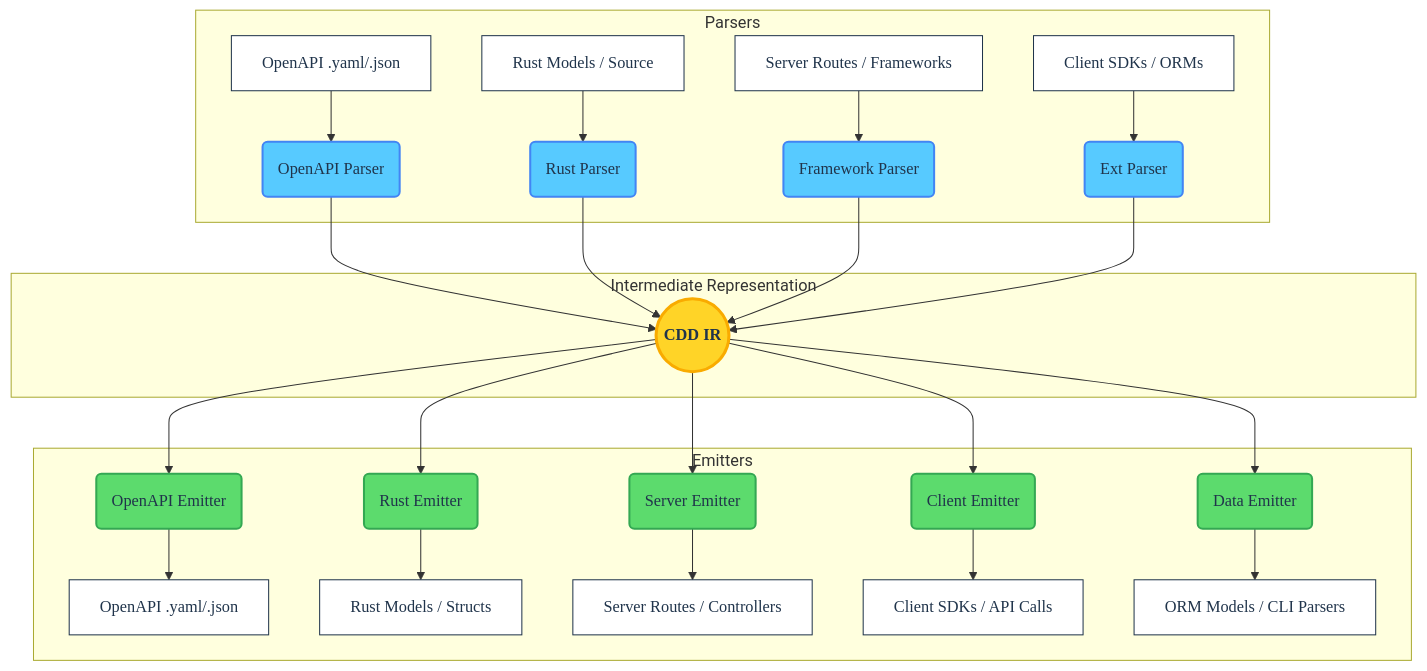
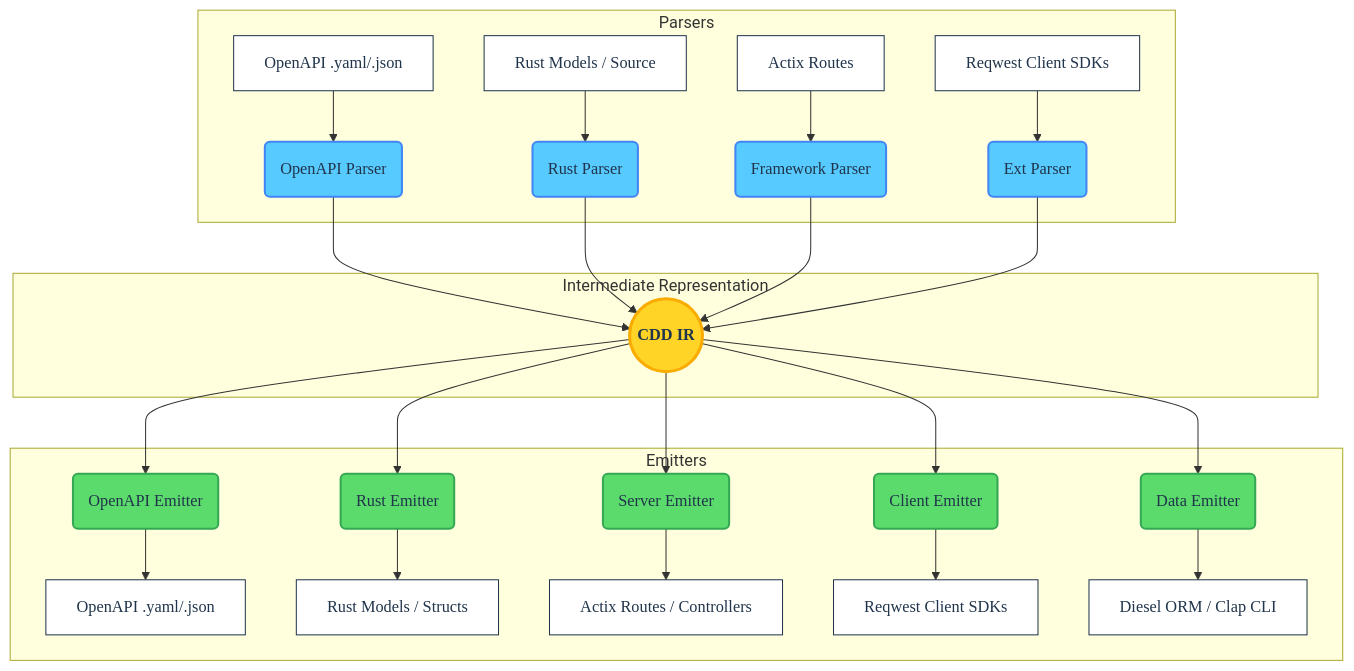
The diagram in ARCHITECTURE.md (offscale/cdd-rust), drawn with Mermaid before and after one commit. The commit also changed other lines of this file and 14 other files, not shown here.

````diff
--- a/ARCHITECTURE.md
+++ b/ARCHITECTURE.md
@@ -16,38 +15,38 @@
 ```mermaid
 graph TD
     %% Styling Definitions
     classDef frontend fill:#57caff,stroke:#4285f4,stroke-width:2px,color:#20344b,font-family:Roboto Mono
     classDef core fill:#ffd427,stroke:#f9ab00,stroke-width:3px,color:#20344b,font-family:Google Sans,font-weight:bold
     classDef backend fill:#5cdb6d,stroke:#34a853,stroke-width:2px,color:#20344b,font-family:Roboto Mono
     classDef endpoint fill:#ffffff,stroke:#20344b,stroke-width:1px,color:#20344b,font-family:Google Sans
 
     subgraph Frontend [Parsers]
         A[OpenAPI .yaml/.json]:::endpoint --> P1(OpenAPI Parser):::frontend
         B[Rust Models / Source]:::endpoint --> P2(Rust Parser):::frontend
-        C[Server Routes / Frameworks]:::endpoint --> P3(Framework Parser):::frontend
-        D[Client SDKs / ORMs]:::endpoint --> P4(Ext Parser):::frontend
+        C[Actix Routes]:::endpoint --> P3(Framework Parser):::frontend
+        D[Reqwest Client SDKs]:::endpoint --> P4(Ext Parser):::frontend
     end
 
     subgraph Core [Intermediate Representation]
         IR((CDD IR)):::core
     end
 
     subgraph Backend [Emitters]
         E1(OpenAPI Emitter):::backend --> X[OpenAPI .yaml/.json]:::endpoint
         E2(Rust Emitter):::backend --> Y[Rust Models / Structs]:::endpoint
-        E3(Server Emitter):::backend --> Z[Server Routes / Controllers]:::endpoint
-        E4(Client Emitter):::backend --> W[Client SDKs / API Calls]:::endpoint
-        E5(Data Emitter):::backend --> V[ORM Models / CLI Parsers]:::endpoint
+        E3(Server Emitter):::backend --> Z[Actix Routes / Controllers]:::endpoint
+        E4(Client Emitter):::backend --> W[Reqwest Client SDKs]:::endpoint
+        E5(Data Emitter):::backend --> V[Diesel ORM / Clap CLI]:::endpoint
     end
 
     P1 --> IR
     P2 --> IR
     P3 --> IR
     P4 --> IR
 
     IR --> E1
     IR --> E2
     IR --> E3
     IR --> E4
     IR --> E5
 ```
````
